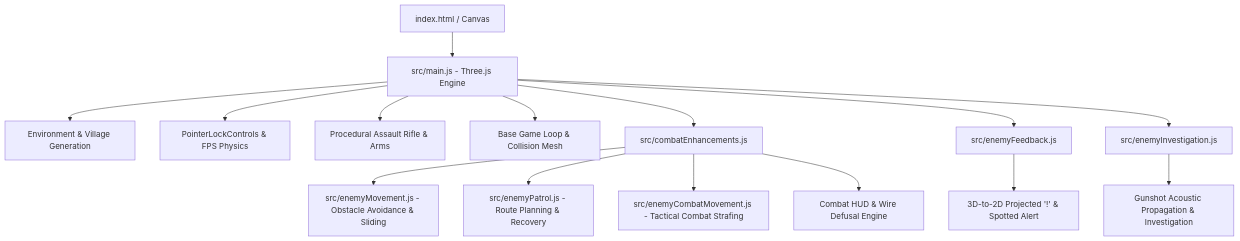
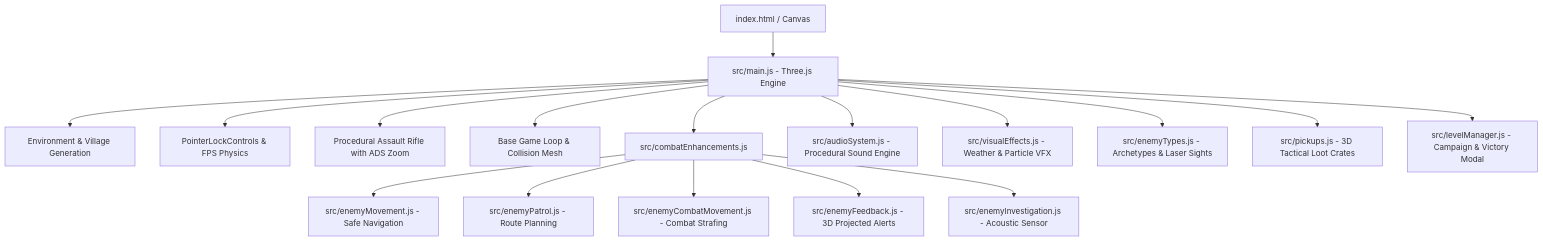
One commit to Snigdha-0210/Bomb_Defusal changed the diagram in PROJECT_STATE.md. Above: the diagram before and after it, drawn with Mermaid. The commit also changed other lines of this file and 10 other files, not shown here.

Commit message:
feat: add procedural Web Audio engine, dynamic weather VFX, sniper laser sights, ADS zoom, loot drops, and multi-level campaign progression

````diff
--- a/PROJECT_STATE.md
+++ b/PROJECT_STATE.md
@@ -34,18 +40,20 @@
 ```mermaid
 graph TD
     A[index.html / Canvas] --> B[src/main.js - Three.js Engine]
     B --> C[Environment & Village Generation]
     B --> D[PointerLockControls & FPS Physics]
-    B --> E[Procedural Assault Rifle & Arms]
+    B --> E[Procedural Assault Rifle with ADS Zoom]
     B --> F[Base Game Loop & Collision Mesh]
     B --> G[src/combatEnhancements.js]
-    B --> H[src/enemyFeedback.js]
-    B --> I[src/enemyInvestigation.js]
+    B --> H[src/audioSystem.js - Procedural Sound Engine]
+    B --> I[src/visualEffects.js - Weather & Particle VFX]
+    B --> J[src/enemyTypes.js - Archetypes & Laser Sights]
+    B --> K[src/pickups.js - 3D Tactical Loot Crates]
+    B --> L[src/levelManager.js - Campaign & Victory Modal]
     
-    G --> J[src/enemyMovement.js - Obstacle Avoidance & Sliding]
-    G --> K[src/enemyPatrol.js - Route Planning & Recovery]
-    G --> L[src/enemyCombatMovement.js - Tactical Combat Strafing]
-    G --> M[Combat HUD & Wire Defusal Engine]
-    H --> N[3D-to-2D Projected '!' & Spotted Alert]
-    I --> O[Gunshot Acoustic Propagation & Investigation]
+    G --> M[src/enemyMovement.js - Safe Navigation]
+    G --> N[src/enemyPatrol.js - Route Planning]
+    G --> O[src/enemyCombatMovement.js - Combat Strafing]
+    G --> P[src/enemyFeedback.js - 3D Projected Alerts]
+    G --> Q[src/enemyInvestigation.js - Acoustic Sensor]
 ```
````
